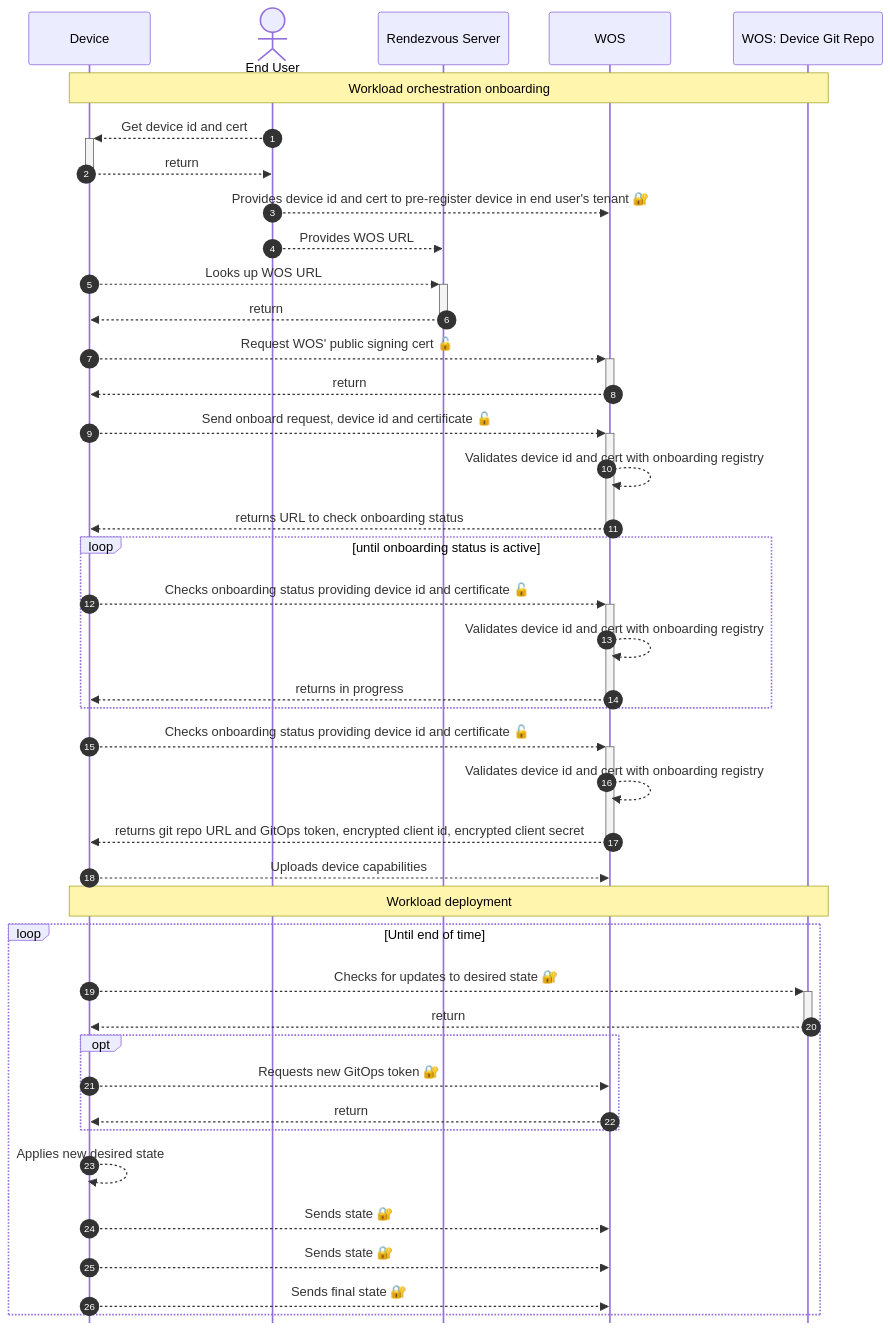
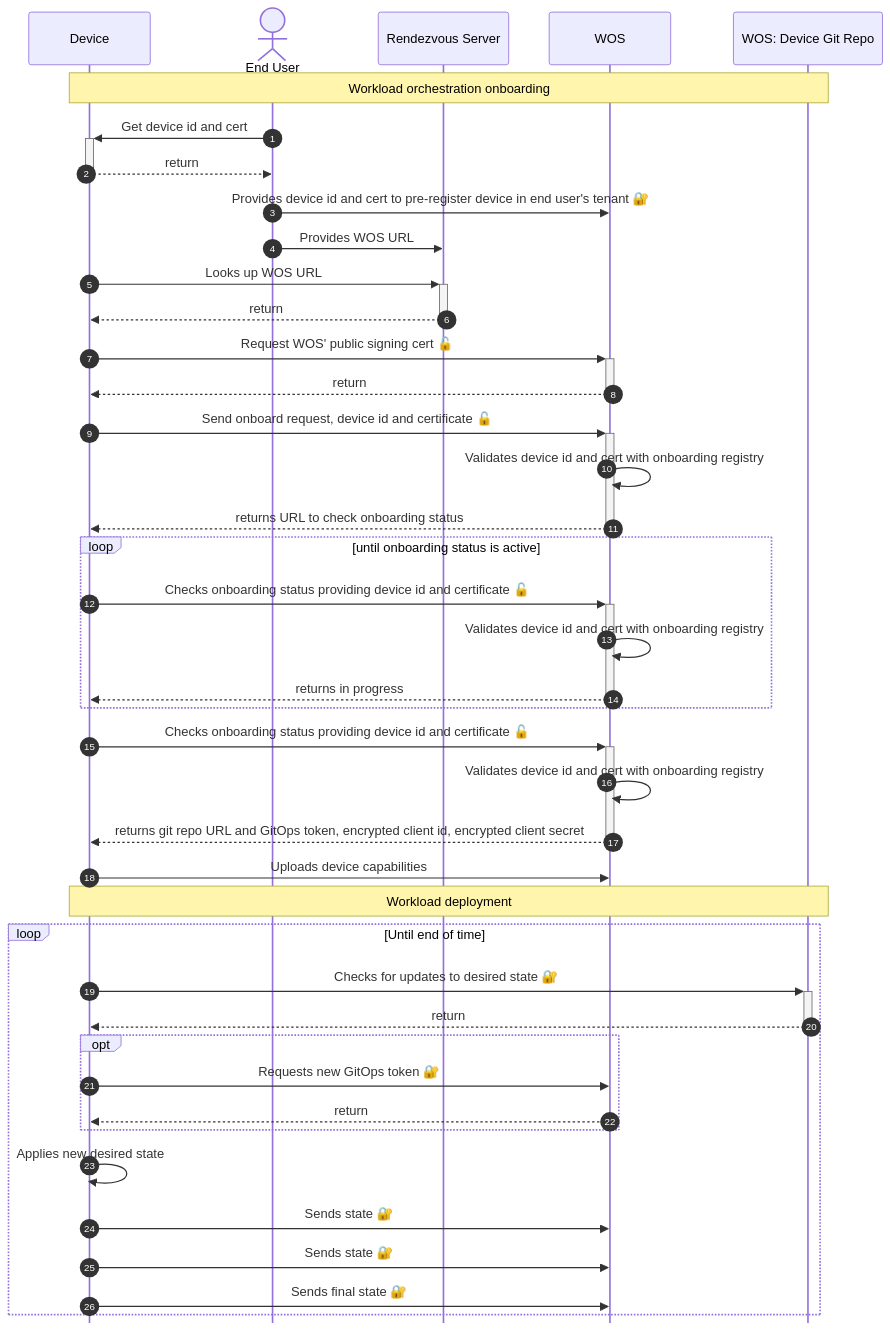
One commit to Silvanoc/margo-specification changed the diagram in system-design/orchestration/workload/workload-orchestration-edge-onboarding.md. Above: the diagram before and after it, drawn with Mermaid.

Commit message:
feat(onboarding): differentiate message and return
Small readibility improvement in onboarding sequence diagram:
Request messages have a continuous line and returns a dashed line.

````diff
--- a/system-design/orchestration/workload/workload-orchestration-edge-onboarding.md
+++ b/system-design/orchestration/workload/workload-orchestration-edge-onboarding.md
@@ -16,48 +16,48 @@
 ``` mermaid
 sequenceDiagram
     %%{init: {'sequence': {'mirrorActors': false}}}%%
     autonumber
     participant device as Device
     actor user as End User
     participant rendezvous as Rendezvous Server
     participant wos as WOS
     participant git as WOS: Device Git Repo   
     note over device, git: Workload orchestration onboarding
-    user -->>+ device: Get device id and cert
+    user ->>+ device: Get device id and cert
     device -->>- user: return
-    user -->> wos: Provides device id and cert to pre-register device in end user's tenant 🔐
+    user ->> wos: Provides device id and cert to pre-register device in end user's tenant 🔐
      
     %%note over device, rendezvous: FIDO
-    user -->> rendezvous: Provides WOS URL
-    device -->>+ rendezvous: Looks up WOS URL
+    user ->> rendezvous: Provides WOS URL
+    device ->>+ rendezvous: Looks up WOS URL
     rendezvous -->>- device: return
-    device -->>+ wos: Request WOS' public signing cert 🔓
+    device ->>+ wos: Request WOS' public signing cert 🔓
     wos -->>- device: return
-    device -->>+ wos: Send onboard request, device id and certificate 🔓
-    wos -->> wos: Validates device id and cert with onboarding registry
+    device ->>+ wos: Send onboard request, device id and certificate 🔓
+    wos ->> wos: Validates device id and cert with onboarding registry
     wos -->>- device: returns URL to check onboarding status
     
     loop until onboarding status is active   
-        device -->>+ wos: Checks onboarding status providing device id and certificate 🔓
-        wos -->> wos: Validates device id and cert with onboarding registry
+        device ->>+ wos: Checks onboarding status providing device id and certificate 🔓
+        wos ->> wos: Validates device id and cert with onboarding registry
         wos -->>- device: returns in progress
     end
-    device -->>+ wos: Checks onboarding status providing device id and certificate 🔓
-    wos -->> wos: Validates device id and cert with onboarding registry
+    device ->>+ wos: Checks onboarding status providing device id and certificate 🔓
+    wos ->> wos: Validates device id and cert with onboarding registry
     wos -->>- device: returns git repo URL and GitOps token, encrypted client id, encrypted client secret
     
-    device -->> wos: Uploads device capabilities
+    device ->> wos: Uploads device capabilities
     note over device, git: Workload deployment
     loop Until end of time
-        device -->>+ git: Checks for updates to desired state 🔐
+        device ->>+ git: Checks for updates to desired state 🔐
         git -->>- device: return
         opt
-            device -->> wos: Requests new GitOps token 🔐
+            device ->> wos: Requests new GitOps token 🔐
             wos -->> device: return
         end
-        device -->> device: Applies new desired state
-        device -->> wos: Sends state 🔐
-        device -->> wos: Sends state 🔐
-        device -->> wos: Sends final state 🔐
+        device ->> device: Applies new desired state
+        device ->> wos: Sends state 🔐
+        device ->> wos: Sends state 🔐
+        device ->> wos: Sends final state 🔐
     end    
 ```
````
